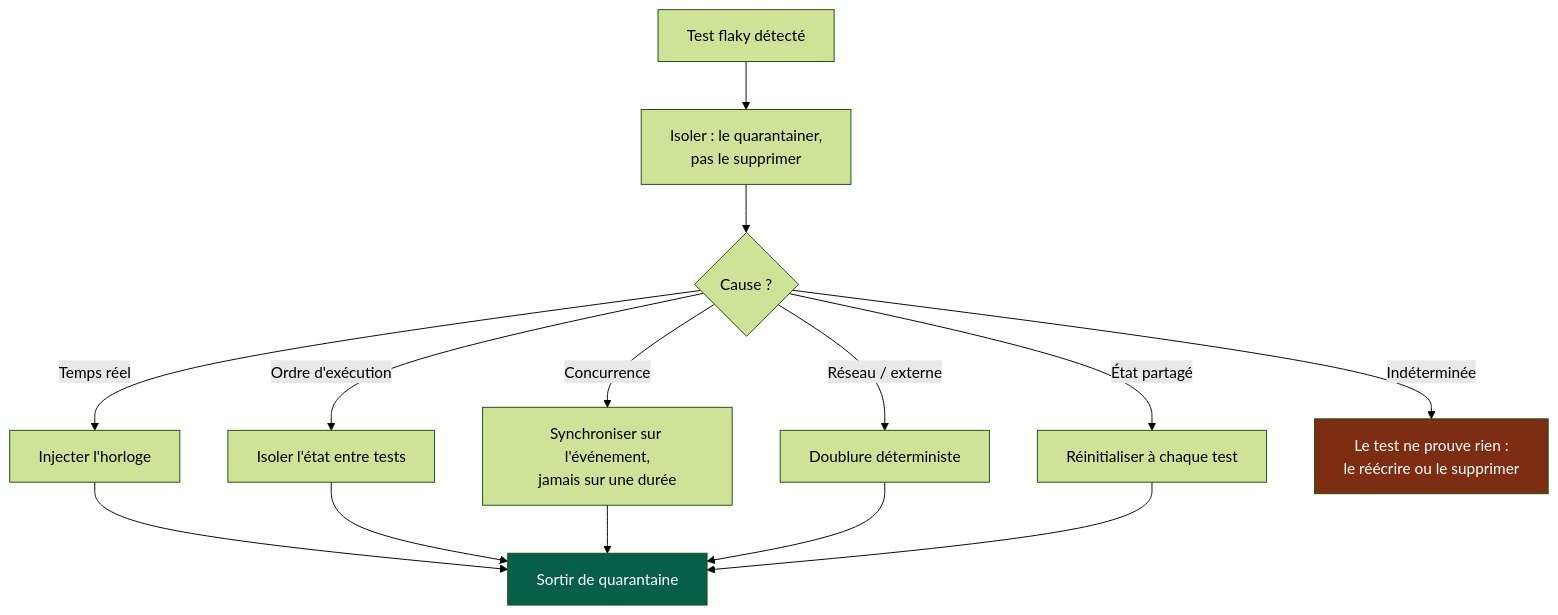
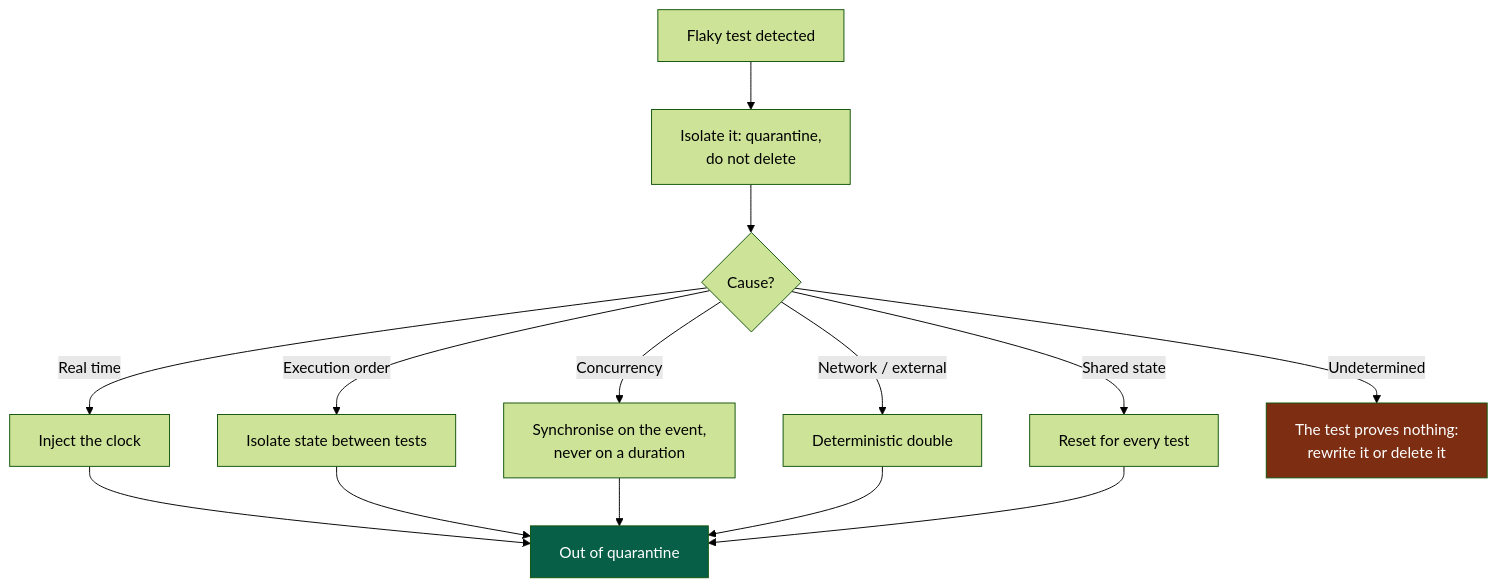
Before and after one commit to NapkinStack/engineering-os: the second of 2 diagrams in skeleton/playbooks/tests.md, drawn with Mermaid (forest theme). The commit also changed other lines of this file and 87 other files, not shown here.

````diff
--- a/skeleton/playbooks/tests.md
+++ b/skeleton/playbooks/tests.md
@@ -97,20 +99,20 @@
 ```mermaid
 flowchart TD
-    A["Test flaky détecté"] --> B["Isoler : le quarantainer,<br/>pas le supprimer"]
-    B --> C{"Cause ?"}
-    C -->|"Temps réel"| D1["Injecter l'horloge"]
-    C -->|"Ordre d'exécution"| D2["Isoler l'état entre tests"]
-    C -->|"Concurrence"| D3["Synchroniser sur l'événement,<br/>jamais sur une durée"]
-    C -->|"Réseau / externe"| D4["Doublure déterministe"]
-    C -->|"État partagé"| D5["Réinitialiser à chaque test"]
-    C -->|"Indéterminée"| E["Le test ne prouve rien :<br/>le réécrire ou le supprimer"]
+    A["Flaky test detected"] --> B["Isolate it: quarantine,<br/>do not delete"]
+    B --> C{"Cause?"}
+    C -->|"Real time"| D1["Inject the clock"]
+    C -->|"Execution order"| D2["Isolate state between tests"]
+    C -->|"Concurrency"| D3["Synchronise on the event,<br/>never on a duration"]
+    C -->|"Network / external"| D4["Deterministic double"]
+    C -->|"Shared state"| D5["Reset for every test"]
+    C -->|"Undetermined"| E["The test proves nothing:<br/>rewrite it or delete it"]
 
-    D1 --> F["Sortir de quarantaine"]
+    D1 --> F["Out of quarantine"]
     D2 --> F
     D3 --> F
     D4 --> F
     D5 --> F
 
     style E fill:#7c2d12,color:#fff
     style F fill:#065f46,color:#fff
 ```
````
